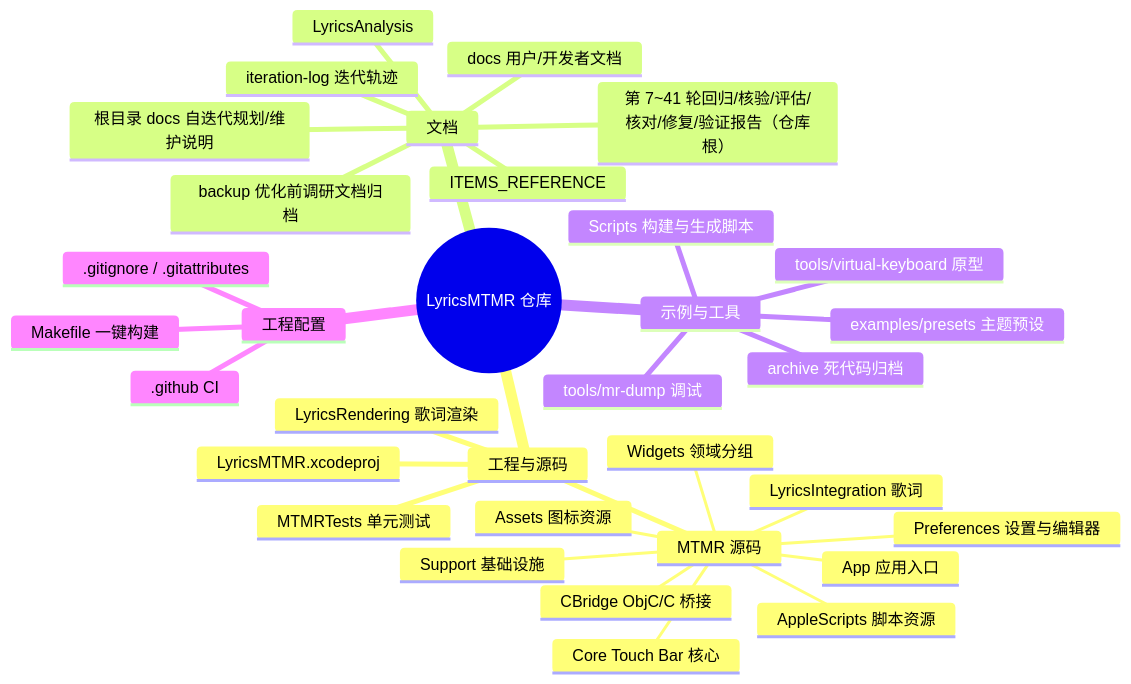
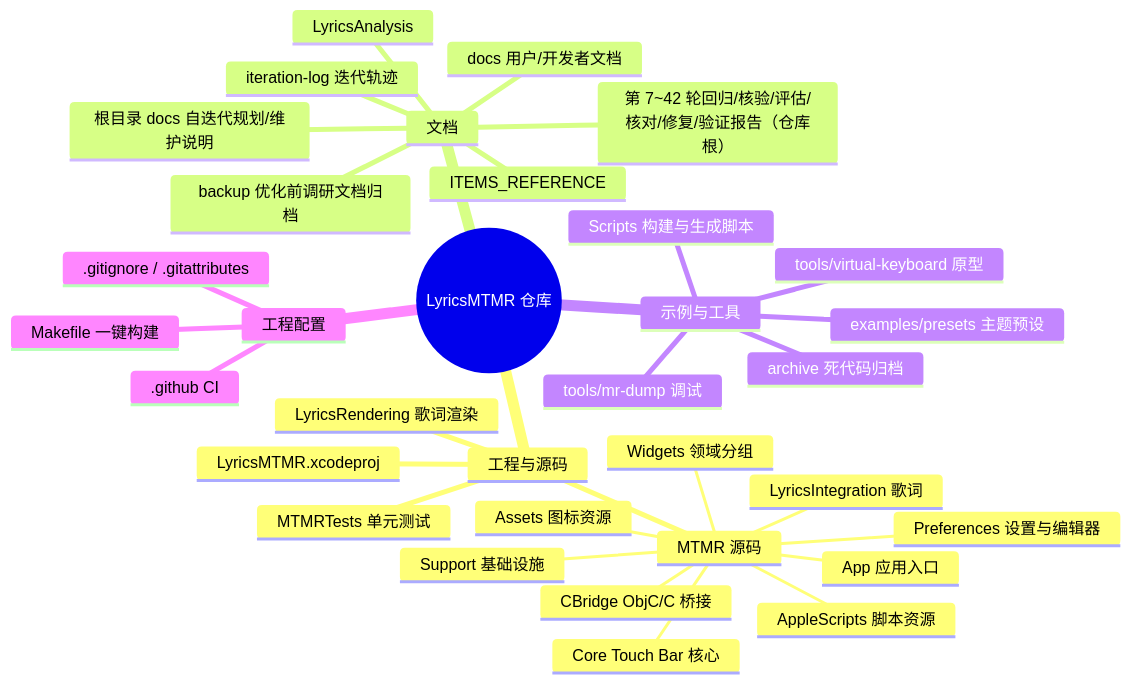
Before and after one commit to Tangzishun-Li/LyricsMTMR: the first of 2 diagrams in LyricsMTMR/docs/file-structure.zh.md, drawn with Mermaid. The commit also changed other lines of this file and 3 other files, not shown here.

Commit message:
docs(round42): 第42轮子任务C — 年度维护核验第36次全项通过 + round-41 遗留清理（4 worktree+4 分支）+ 锚点巡检复跑接入保持（PASS 72/WARN 11/INFO 5/ERROR 0 连续第十八轮零漂移）+ 遗留 21 项盘点（本轮新增发现 0 项）— 根目录 2 份报告 + iteration-log 追加（父分支预建头 1d3e56e 可见，补建子任务记录头）+ file-structure 登记（mindmap 第 7~41→7~42 轮 + 2 份报告无重复行）

````diff
--- a/LyricsMTMR/docs/file-structure.zh.md
+++ b/LyricsMTMR/docs/file-structure.zh.md
@@ -10,36 +10,36 @@
 ```mermaid
 mindmap
   root((LyricsMTMR 仓库))
     工程与源码
       LyricsMTMR.xcodeproj
       MTMR 源码
         App 应用入口
         Core Touch Bar 核心
         Support 基础设施
         Widgets 领域分组
         Preferences 设置与编辑器
         LyricsIntegration 歌词
         CBridge ObjC/C 桥接
         AppleScripts 脚本资源
         Assets 图标资源
       LyricsRendering 歌词渲染
       MTMRTests 单元测试
     文档
       docs 用户/开发者文档
       ITEMS_REFERENCE
       LyricsAnalysis
       backup 优化前调研文档归档
       iteration-log 迭代轨迹
       根目录 docs 自迭代规划/维护说明
-      第 7~41 轮回归/核验/评估/核对/修复/验证报告（仓库根）
+      第 7~42 轮回归/核验/评估/核对/修复/验证报告（仓库根）
     示例与工具
       examples/presets 主题预设
       tools/mr-dump 调试
       tools/virtual-keyboard 原型
       Scripts 构建与生成脚本
       archive 死代码归档
     工程配置
       .github CI
       .gitignore / .gitattributes
       Makefile 一键构建
 ```
````
